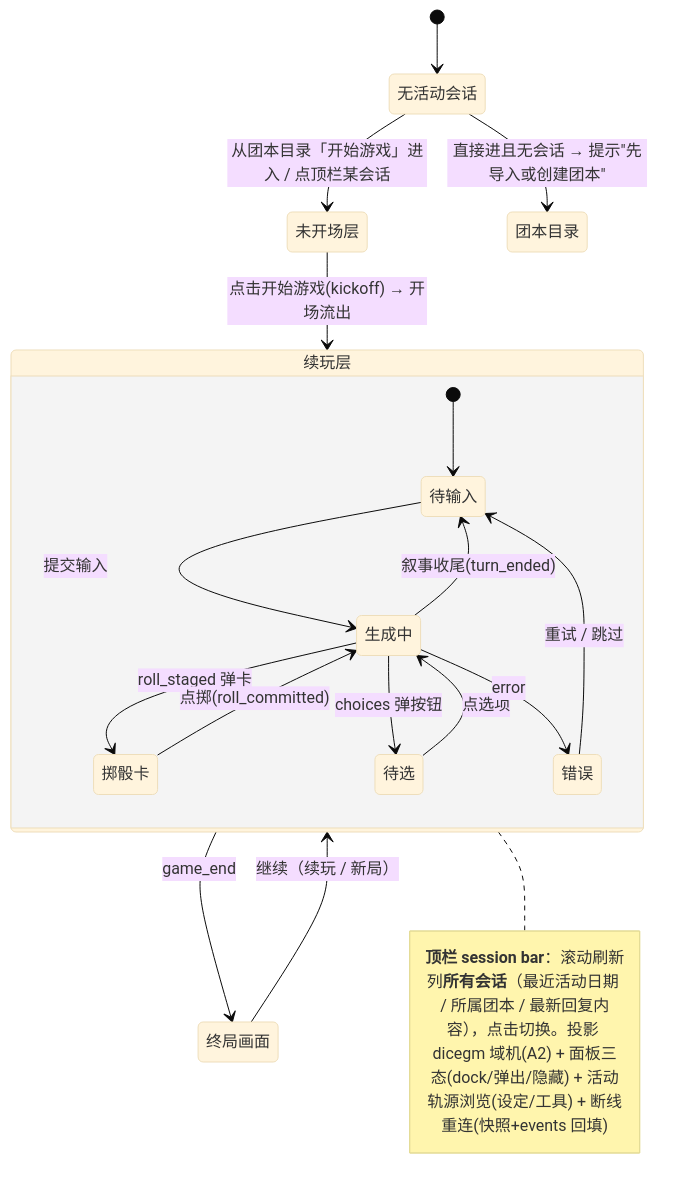
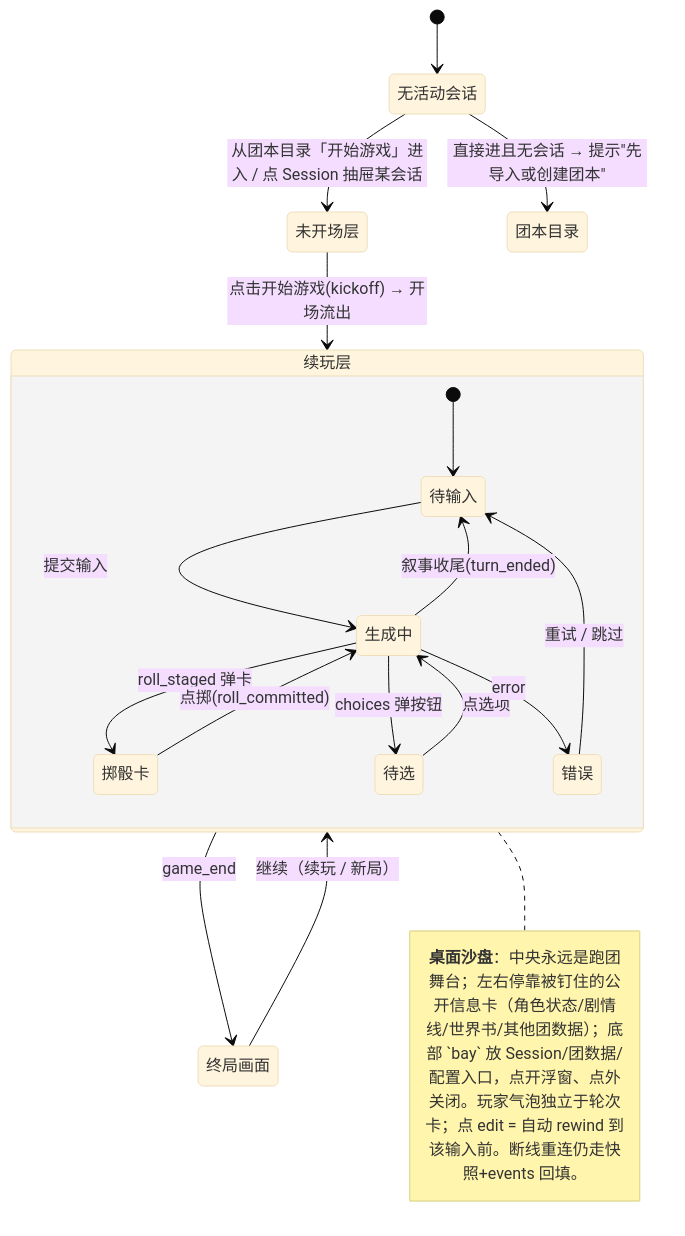
The eighth of 10 diagrams in docs/tdd/acceptance-loop-2026-07-06/0-state-machines.md (MuLeiSY2021/Dicelore), drawn with Mermaid (base theme) before and after one commit. The commit also changed other lines of this file and 3 other files, not shown here.

````diff
--- a/docs/tdd/acceptance-loop-2026-07-06/0-state-machines.md
+++ b/docs/tdd/acceptance-loop-2026-07-06/0-state-machines.md
@@ -143,21 +143,21 @@
 ```mermaid
 stateDiagram-v2
   [*] --> 无活动会话
-  无活动会话 --> 未开场层 : 从团本目录「开始游戏」进入 / 点顶栏某会话
+  无活动会话 --> 未开场层 : 从团本目录「开始游戏」进入 / 点 Session 抽屉某会话
   无活动会话 --> 团本目录 : 直接进且无会话 → 提示"先导入或创建团本"
   未开场层 --> 续玩层 : 点击开始游戏(kickoff) → 开场流出
   state 续玩层 {
     [*] --> 待输入
     待输入 --> 生成中 : 提交输入
     生成中 --> 待输入 : 叙事收尾(turn_ended)
     生成中 --> 掷骰卡 : roll_staged 弹卡
     掷骰卡 --> 生成中 : 点掷(roll_committed)
     生成中 --> 待选 : choices 弹按钮
     待选 --> 生成中 : 点选项
     生成中 --> 错误 : error
     错误 --> 待输入 : 重试 / 跳过
   }
   续玩层 --> 终局画面 : game_end
   终局画面 --> 续玩层 : 继续（续玩 / 新局）
-  note right of 续玩层 : **顶栏 session bar**：滚动刷新列**所有会话**（最近活动日期 / 所属团本 / 最新回复内容），点击切换。投影 dicegm 域机(A2) + 面板三态(dock/弹出/隐藏) + 活动轨源浏览(设定/工具) + 断线重连(快照+events 回填)
+  note right of 续玩层 : **桌面沙盘**：中央永远是跑团舞台；左右停靠被钉住的公开信息卡（角色状态/剧情线/世界书/其他团数据）；底部 `bay` 放 Session/团数据/配置入口，点开浮窗、点外关闭。玩家气泡独立于轮次卡；点 edit = 自动 rewind 到该输入前。断线重连仍走快照+events 回填。
 ```
````
